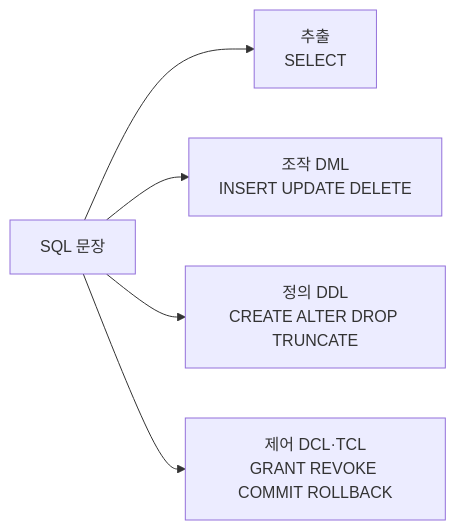
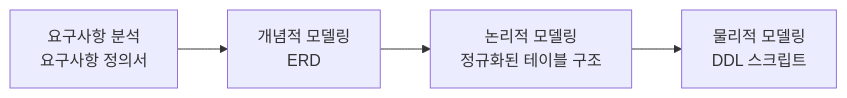
The first of 2 diagrams in _posts/Cloud/학습노트/2026-10-14-m2-day11.md (paaaraaaeaaa/my-blog), drawn with Mermaid before and after one commit. The commit also changed other lines of this file, not shown here.

````diff
--- a/_posts/Cloud/학습노트/2026-10-14-m2-day11.md
+++ b/_posts/Cloud/학습노트/2026-10-14-m2-day11.md
@@ -55,7 +55,6 @@
 ```mermaid
 flowchart LR
-    SQL[SQL 문장] --> R["추출<br/>SELECT"]
-    SQL --> M["조작 DML<br/>INSERT UPDATE DELETE"]
-    SQL --> D["정의 DDL<br/>CREATE ALTER DROP TRUNCATE"]
-    SQL --> C["제어 DCL·TCL<br/>GRANT REVOKE COMMIT ROLLBACK"]
+    A["요구사항 분석<br/>요구사항 정의서"] --> B["개념적 모델링<br/>ERD"]
+    B --> C["논리적 모델링<br/>정규화된 테이블 구조"]
+    C --> D["물리적 모델링<br/>DDL 스크립트"]
 ```
````
